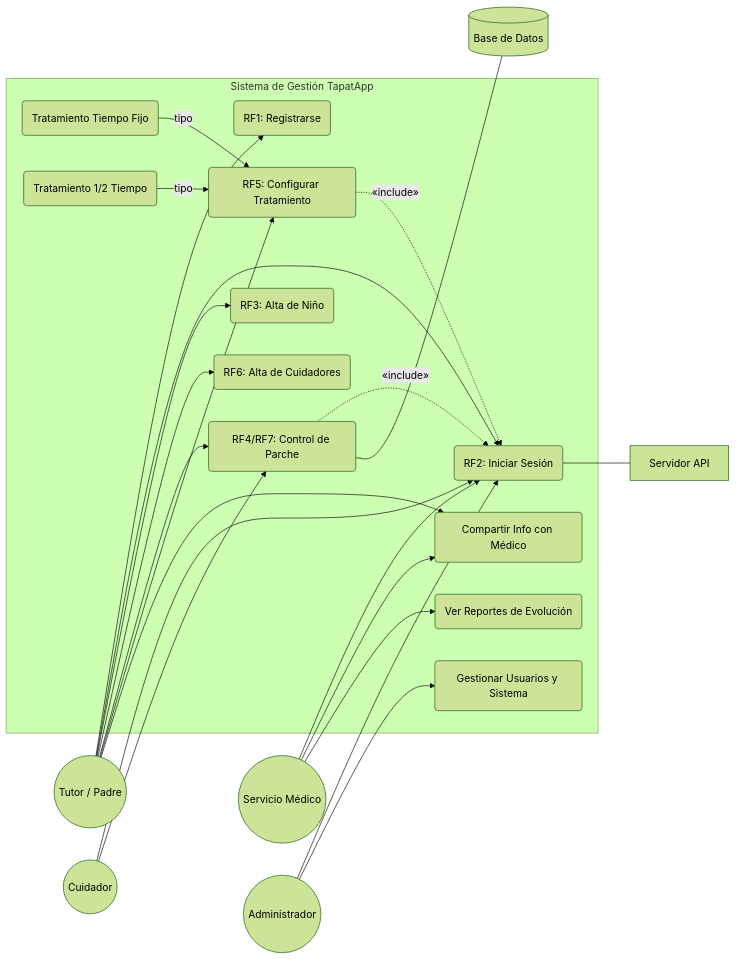
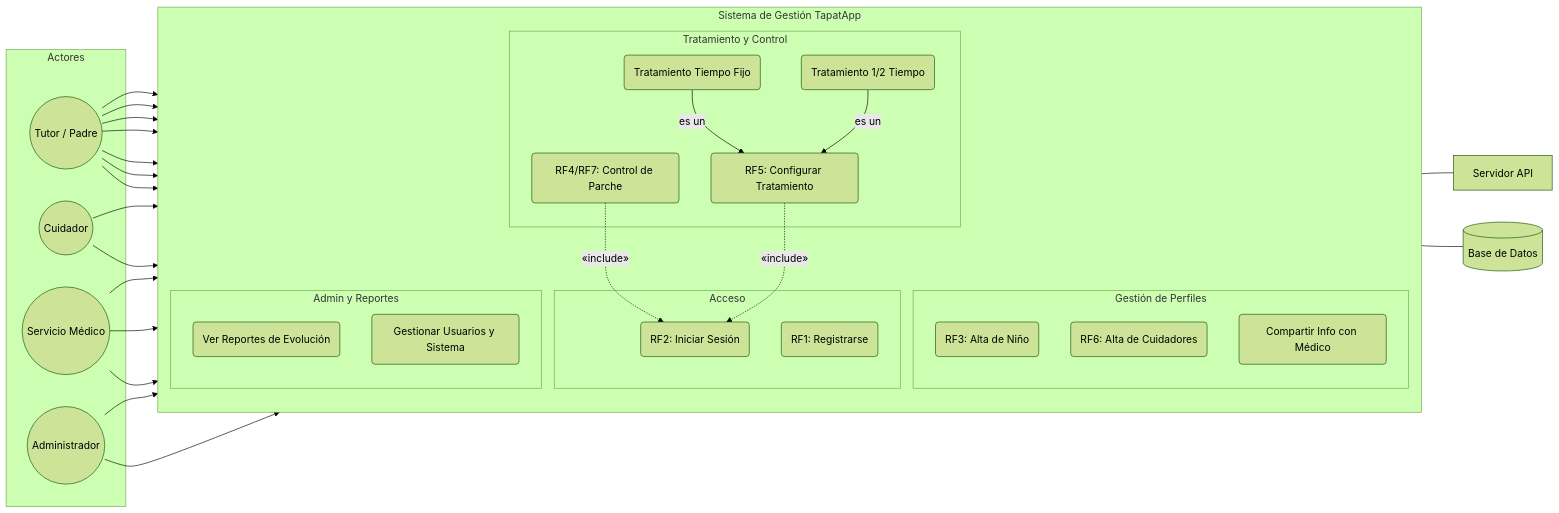
The diagram in prototipo3/Diagramas_Secuencia/Diagrama_CasosDeUso.mermaid (DrMack97/entornos-de-desenvolupament), drawn with Mermaid (forest theme) before and after one commit. The commit also changed 1 other file, not shown here.

```diff
--- a/prototipo3/Diagramas_Secuencia/Diagrama_CasosDeUso.mermaid
+++ b/prototipo3/Diagramas_Secuencia/Diagrama_CasosDeUso.mermaid
@@ -1,66 +1,79 @@
 graph LR
-    %% Definición de Actores
-    Tutor((Tutor / Padre))
-    Cuidador((Cuidador))
-    Medico((Servicio Médico))
-    Admin((Administrador))
+    %% Actores Principales (Lado Izquierdo)
+    subgraph Actores
+        Tutor((Tutor / Padre))
+        Cuidador((Cuidador))
+        Medico((Servicio Médico))
+        Admin((Administrador))
+    end
 
     subgraph Sistema_TapatApp [Sistema de Gestión TapatApp]
-        %% Acceso y Registro
-        UC_REG("RF1: Registrarse")
-        UC_LOG("RF2: Iniciar Sesión")
+        direction TB
+        
+        %% Módulo de Acceso
+        subgraph Modulo_Acceso [Acceso]
+            UC_REG("RF1: Registrarse")
+            UC_LOG("RF2: Iniciar Sesión")
+        end
 
-        %% Gestión de Perfiles
-        UC_ALTA_N("RF3: Alta de Niño")
-        UC_ALTA_C("RF6: Alta de Cuidadores")
+        %% Módulo de Gestión
+        subgraph Modulo_Gestion [Gestión de Perfiles]
+            UC_ALTA_N("RF3: Alta de Niño")
+            UC_ALTA_C("RF6: Alta de Cuidadores")
+            UC_SHARE("Compartir Info con Médico")
+        end
 
-        %% Control del Tratamiento
-        UC_CTRL_P("RF4/RF7: Control de Parche")
-        UC_CONF_T("RF5: Configurar Tratamiento")
-        
-        %% Tipos de tratamiento (Sub-casos)
-        UC_T_FIJO("Tratamiento Tiempo Fijo")
-        UC_T_MITAD("Tratamiento 1/2 Tiempo")
+        %% Módulo de Tratamiento (Core)
+        subgraph Modulo_Core [Tratamiento y Control]
+            UC_CONF_T("RF5: Configurar Tratamiento")
+            UC_CTRL_P("RF4/RF7: Control de Parche")
+            
+            %% Especializaciones
+            UC_T_FIJO("Tratamiento Tiempo Fijo")
+            UC_T_MITAD("Tratamiento 1/2 Tiempo")
+        end
 
-        %% Otros objetivos
-        UC_SHARE("Compartir Info con Médico")
-        UC_REP("Ver Reportes de Evolución")
-        UC_G_SIS("Gestionar Usuarios y Sistema")
+        %% Módulo Administrativo y Reportes
+        subgraph Modulo_Admin [Admin y Reportes]
+            UC_REP("Ver Reportes de Evolución")
+            UC_G_SIS("Gestionar Usuarios y Sistema")
+        end
     end
 
-    %% Relaciones del Tutor
+    %% Actores Secundarios / Sistemas (Lado Derecho)
+    Servidor[Servidor API]
+    BBDD[(Base de Datos)]
+
+    %% --- RELACIONES ---
+
+    %% Tutor: Acceso total a su flujo
     Tutor --> UC_REG
     Tutor --> UC_LOG
     Tutor --> UC_ALTA_N
     Tutor --> UC_ALTA_C
+    Tutor --> UC_CONF_T
     Tutor --> UC_CTRL_P
-    Tutor --> UC_CONF_T
     Tutor --> UC_SHARE
 
-    %% Relaciones del Cuidador
+    %% Cuidador: Solo log y control
     Cuidador --> UC_LOG
     Cuidador --> UC_CTRL_P
 
-    %% Relaciones del Servicio Médico
+    %% Médico: Supervisión
     Medico --> UC_LOG
     Medico --> UC_SHARE
     Medico --> UC_REP
 
-    %% Relaciones del Administrador
+    %% Admin: Gestión total
     Admin --> UC_LOG
     Admin --> UC_G_SIS
 
-    %% Relaciones de Inclusión y Especialización
+    %% Lógica Interna (Includes y Tipos)
     UC_CTRL_P -. "«include»" .-> UC_LOG
     UC_CONF_T -. "«include»" .-> UC_LOG
-    
-    %% Relación de tipos de tratamiento
-    UC_T_FIJO -- "tipo" --> UC_CONF_T
-    UC_T_MITAD -- "tipo" --> UC_CONF_T
+    UC_T_FIJO -- "es un" --> UC_CONF_T
+    UC_T_MITAD -- "es un" --> UC_CONF_T
 
-    %% Actores Secundarios
-    Servidor[Servidor API]
-    BBDD[(Base de Datos)]
-
+    %% Conexiones Técnicas
     UC_LOG --- Servidor
     UC_CTRL_P --- BBDD
```
